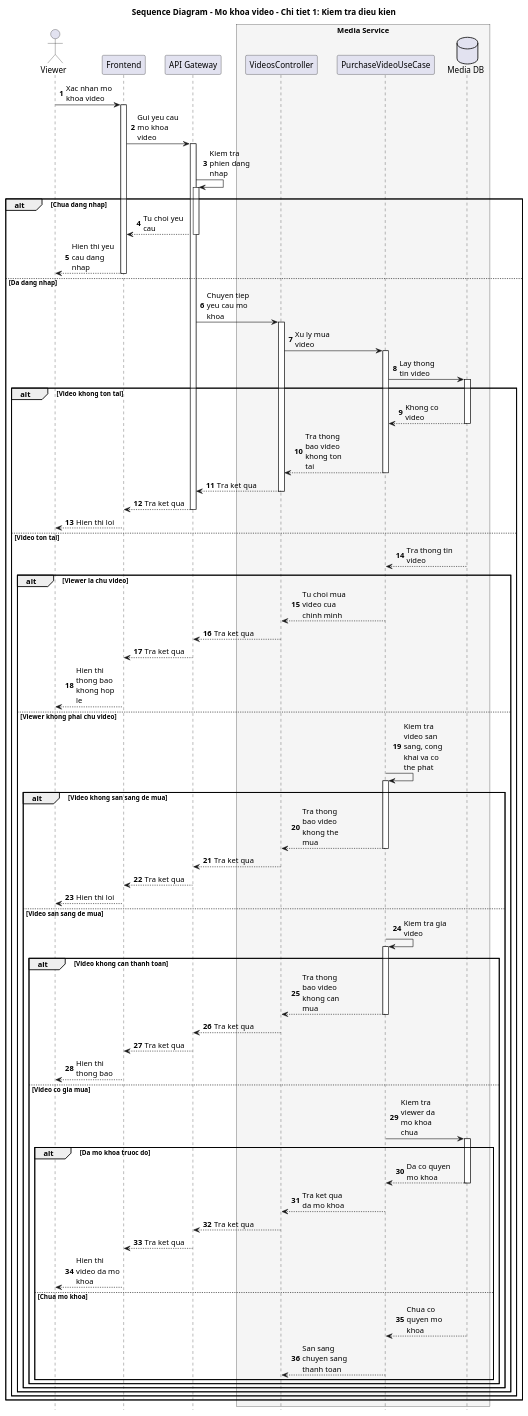
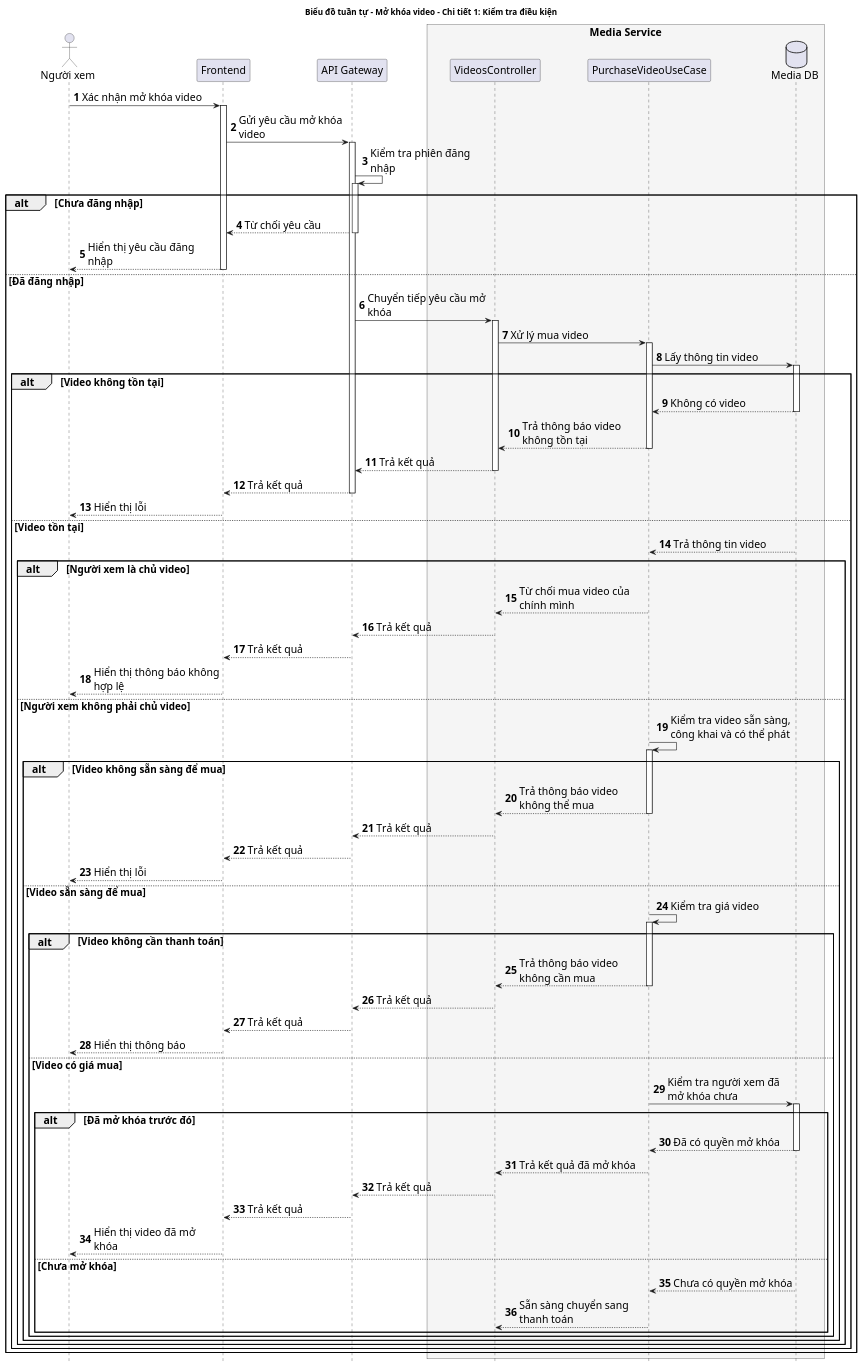
One commit to nanhph04/media-serivce-da changed the diagram in docs/sequence-diagrams/unlock-video/unlock-video-detail-01-validation.puml. Above: the diagram before and after it, drawn with PlantUML. The commit also changed 36 other files, not shown here.

First line of the commit message:
Refactor and enhance activity and sequence diagrams for video management and admin channel locking

```diff
--- a/docs/sequence-diagrams/unlock-video/unlock-video-detail-01-validation.puml
+++ b/docs/sequence-diagrams/unlock-video/unlock-video-detail-01-validation.puml
@@ -1,82 +1,90 @@
 @startuml
-title Sequence Diagram - Mo khoa video - Chi tiet 1: Kiem tra dieu kien
+title Biểu đồ tuần tự - Mở khóa video - Chi tiết 1: Kiểm tra điều kiện
 autonumber
 autoactivate on
 hide footbox
 
-skinparam maxMessageSize 80
-skinparam ParticipantPadding 12
+skinparam maxMessageSize 220
+skinparam ParticipantPadding 36
+skinparam defaultFontSize 18
+skinparam sequence {
+  ActorFontSize 18
+  ParticipantFontSize 18
+  MessageFontSize 17
+  GroupFontSize 17
+  ReferenceFontSize 17
+}
 skinparam BoxPadding 8
 
-actor "Viewer" as Viewer
+actor "Người xem" as Viewer
 participant "Frontend" as FE
 participant "API Gateway" as GW
 
 box "Media Service" #F5F5F5
   participant "VideosController" as VC
   participant "PurchaseVideoUseCase" as PurchaseUC
   database "Media DB" as DB
 end box
 
-Viewer -> FE: Xac nhan mo khoa video
-FE -> GW: Gui yeu cau mo khoa video
-GW -> GW: Kiem tra phien dang nhap
+Viewer -> FE: Xác nhận mở khóa video
+FE -> GW: Gửi yêu cầu mở khóa video
+GW -> GW: Kiểm tra phiên đăng nhập
 
-alt Chua dang nhap
-  GW --> FE: Tu choi yeu cau
-  FE --> Viewer: Hien thi yeu cau dang nhap
-else Da dang nhap
-  GW -> VC: Chuyen tiep yeu cau mo khoa
-  VC -> PurchaseUC: Xu ly mua video
-  PurchaseUC -> DB: Lay thong tin video
+alt Chưa đăng nhập
+  GW --> FE: Từ chối yêu cầu
+  FE --> Viewer: Hiển thị yêu cầu đăng nhập
+else Đã đăng nhập
+  GW -> VC: Chuyển tiếp yêu cầu mở khóa
+  VC -> PurchaseUC: Xử lý mua video
+  PurchaseUC -> DB: Lấy thông tin video
 
-  alt Video khong ton tai
-    DB --> PurchaseUC: Khong co video
-    PurchaseUC --> VC: Tra thong bao video khong ton tai
-    VC --> GW: Tra ket qua
-    GW --> FE: Tra ket qua
-    FE --> Viewer: Hien thi loi
-  else Video ton tai
-    DB --> PurchaseUC: Tra thong tin video
+  alt Video không tồn tại
+    DB --> PurchaseUC: Không có video
+    PurchaseUC --> VC: Trả thông báo video không tồn tại
+    VC --> GW: Trả kết quả
+    GW --> FE: Trả kết quả
+    FE --> Viewer: Hiển thị lỗi
+  else Video tồn tại
+    DB --> PurchaseUC: Trả thông tin video
 
-    alt Viewer la chu video
-      PurchaseUC --> VC: Tu choi mua video cua chinh minh
-      VC --> GW: Tra ket qua
-      GW --> FE: Tra ket qua
-      FE --> Viewer: Hien thi thong bao khong hop le
-    else Viewer khong phai chu video
-      PurchaseUC -> PurchaseUC: Kiem tra video san sang, cong khai va co the phat
+    alt Người xem là chủ video
+      PurchaseUC --> VC: Từ chối mua video của chính mình
+      VC --> GW: Trả kết quả
+      GW --> FE: Trả kết quả
+      FE --> Viewer: Hiển thị thông báo không hợp lệ
+    else Người xem không phải chủ video
+      PurchaseUC -> PurchaseUC: Kiểm tra video sẵn sàng, công khai và có thể phát
 
-      alt Video khong san sang de mua
-        PurchaseUC --> VC: Tra thong bao video khong the mua
-        VC --> GW: Tra ket qua
-        GW --> FE: Tra ket qua
-        FE --> Viewer: Hien thi loi
-      else Video san sang de mua
-        PurchaseUC -> PurchaseUC: Kiem tra gia video
+      alt Video không sẵn sàng để mua
+        PurchaseUC --> VC: Trả thông báo video không thể mua
+        VC --> GW: Trả kết quả
+        GW --> FE: Trả kết quả
+        FE --> Viewer: Hiển thị lỗi
+      else Video sẵn sàng để mua
+        PurchaseUC -> PurchaseUC: Kiểm tra giá video
 
-        alt Video khong can thanh toan
-          PurchaseUC --> VC: Tra thong bao video khong can mua
-          VC --> GW: Tra ket qua
-          GW --> FE: Tra ket qua
-          FE --> Viewer: Hien thi thong bao
-        else Video co gia mua
-          PurchaseUC -> DB: Kiem tra viewer da mo khoa chua
+        alt Video không cần thanh toán
+          PurchaseUC --> VC: Trả thông báo video không cần mua
+          VC --> GW: Trả kết quả
+          GW --> FE: Trả kết quả
+          FE --> Viewer: Hiển thị thông báo
+        else Video có giá mua
+          PurchaseUC -> DB: Kiểm tra người xem đã mở khóa chưa
 
-          alt Da mo khoa truoc do
-            DB --> PurchaseUC: Da co quyen mo khoa
-            PurchaseUC --> VC: Tra ket qua da mo khoa
-            VC --> GW: Tra ket qua
-            GW --> FE: Tra ket qua
-            FE --> Viewer: Hien thi video da mo khoa
-          else Chua mo khoa
-            DB --> PurchaseUC: Chua co quyen mo khoa
-            PurchaseUC --> VC: San sang chuyen sang thanh toan
+          alt Đã mở khóa trước đó
+            DB --> PurchaseUC: Đã có quyền mở khóa
+            PurchaseUC --> VC: Trả kết quả đã mở khóa
+            VC --> GW: Trả kết quả
+            GW --> FE: Trả kết quả
+            FE --> Viewer: Hiển thị video đã mở khóa
+          else Chưa mở khóa
+            DB --> PurchaseUC: Chưa có quyền mở khóa
+            PurchaseUC --> VC: Sẵn sàng chuyển sang thanh toán
           end
         end
       end
     end
   end
 end
 
 @enduml
```
